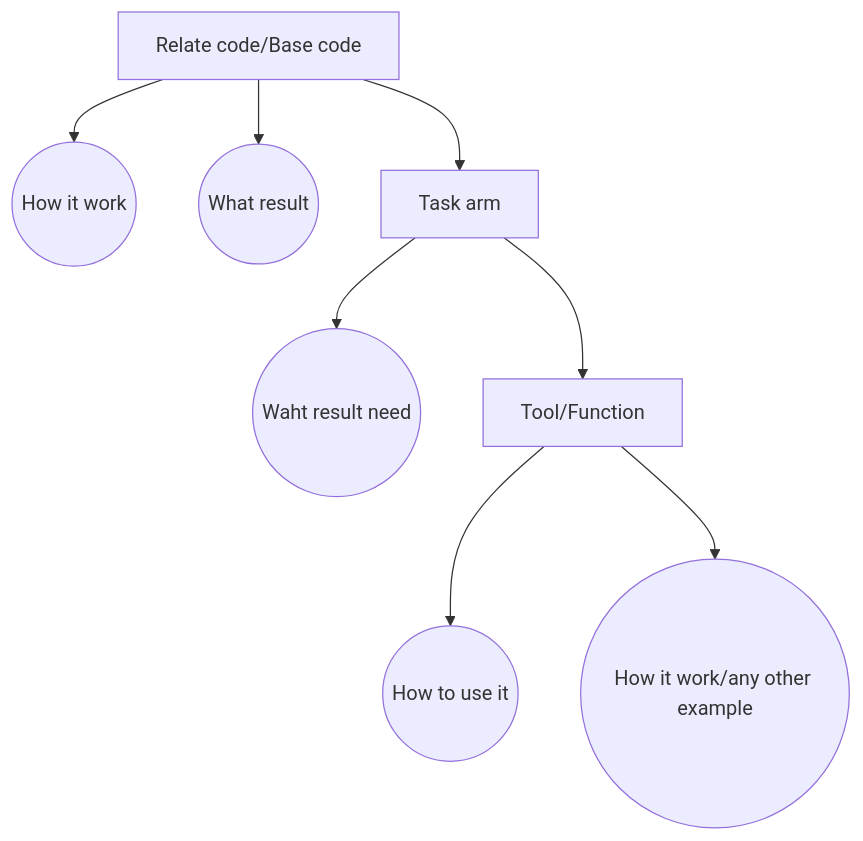
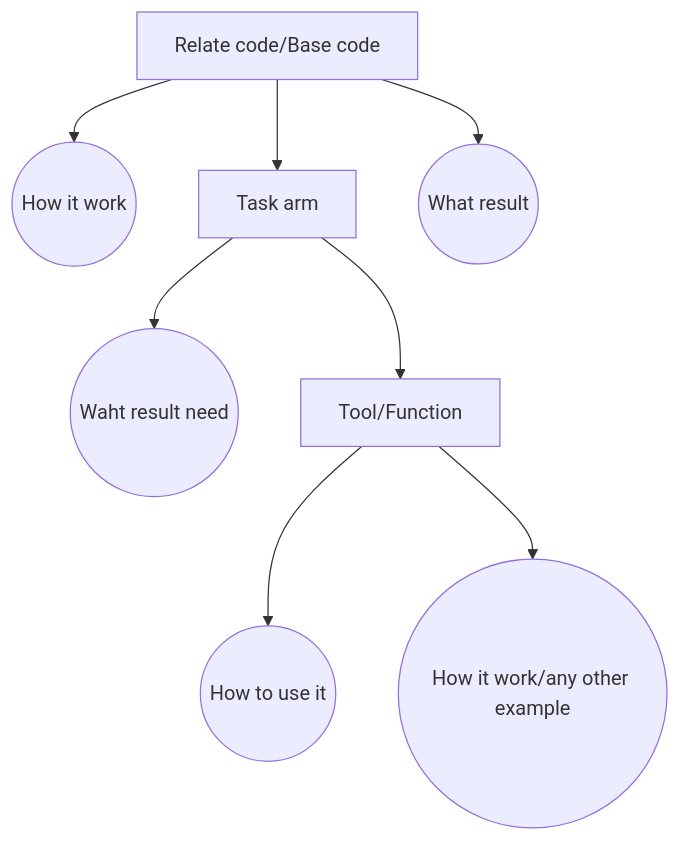
The diagram in _posts/2018-03-28-task-flow-chat.md (duan-li/worklog), drawn with Mermaid before and after one commit. The commit also changed other lines of this file, not shown here.

````diff
--- a/_posts/2018-03-28-task-flow-chat.md
+++ b/_posts/2018-03-28-task-flow-chat.md
@@ -7,11 +7,11 @@
 ```mermaid
 graph TB
 
 A[Relate code/Base code] --> B((How it work))
+A[Relate code/Base code] --> D[Task arm]
 A[Relate code/Base code] --> C((What result))
-A[Relate code/Base code] --> D[Task arm]
 D[Task arm] --> E((Waht result need))
 D[Task arm] --> F[Tool/Function]
 F[Tool/Function] --> G((How to use it))
 F[Tool/Function] --> H((How it work/any other example))
 ```
````
